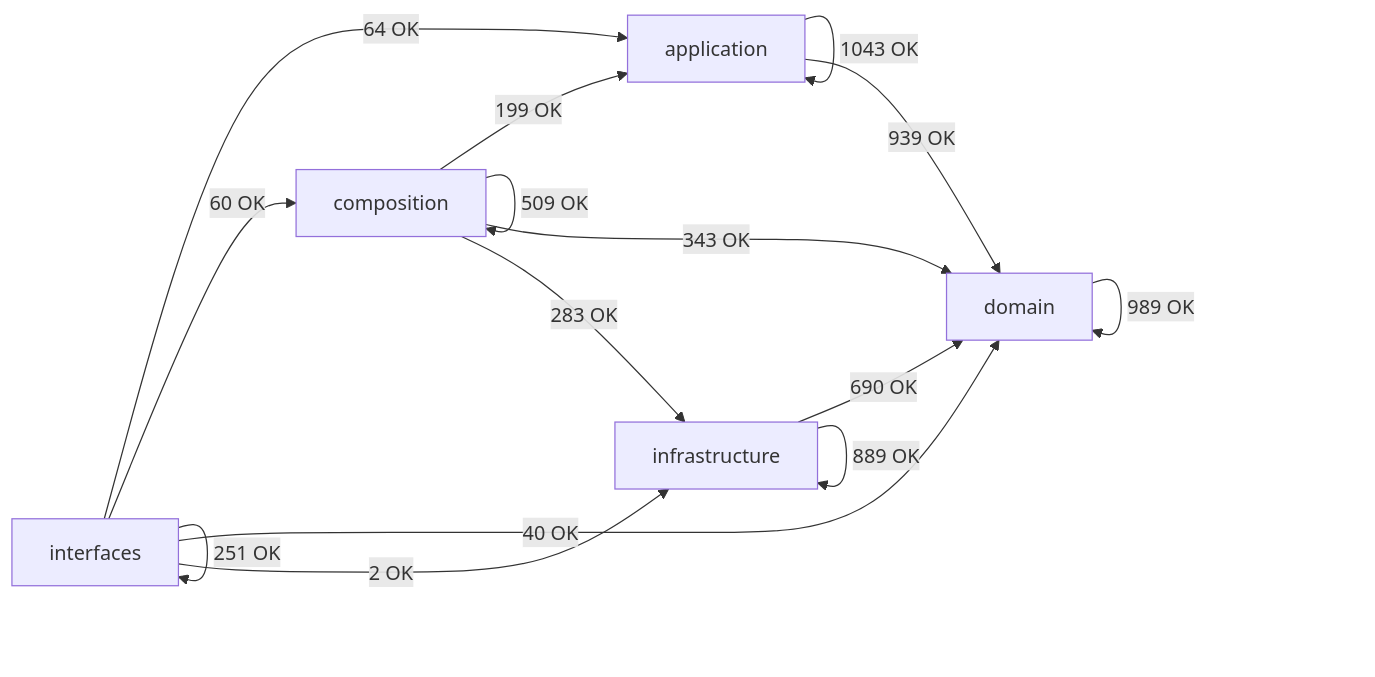
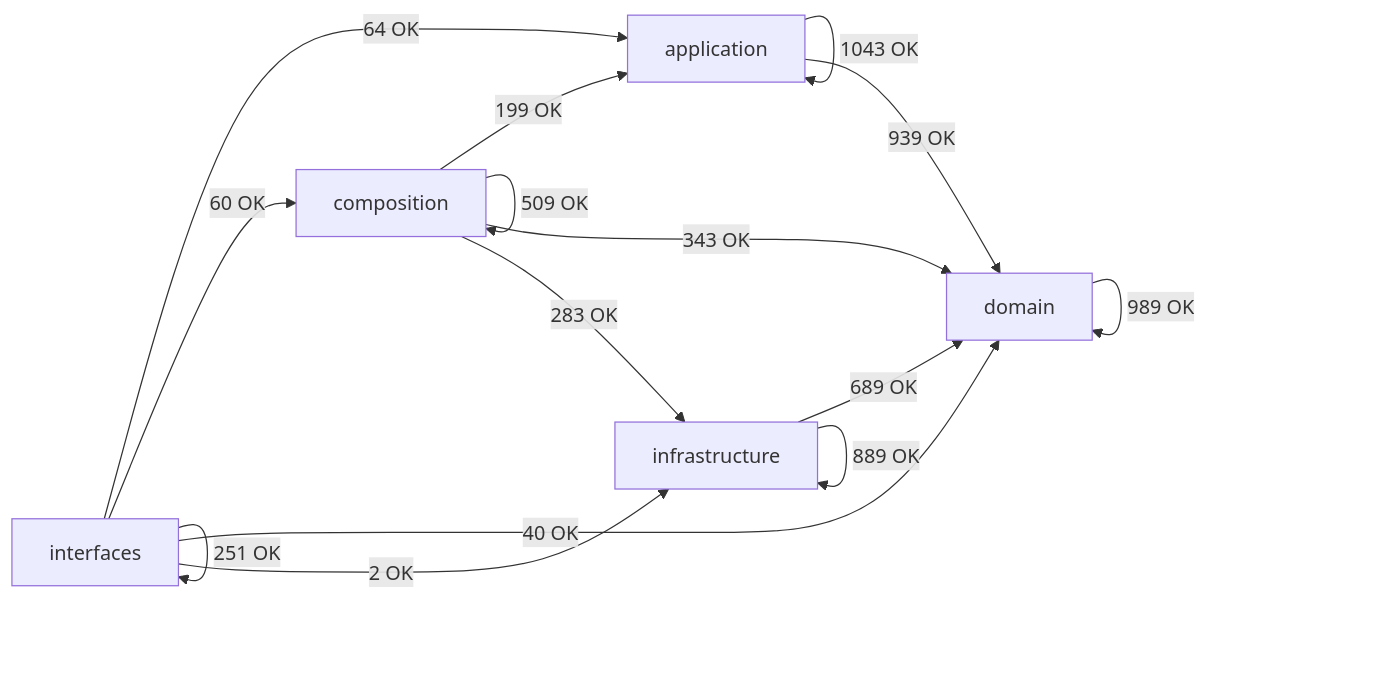
The diagram in docs/02-architecture/generated/module-dependency-map.md (SatoryKono/BioactivityDataAcquisition), drawn with Mermaid before and after one commit. The commit also changed other lines of this file and 3 other files, not shown here.

````diff
--- a/docs/02-architecture/generated/module-dependency-map.md
+++ b/docs/02-architecture/generated/module-dependency-map.md
@@ -17,22 +17,22 @@
 ```mermaid
 flowchart LR
     domain[domain]
     application[application]
     infrastructure[infrastructure]
     composition[composition]
     interfaces[interfaces]
     application -->|1043 OK| application
     application -->|939 OK| domain
     composition -->|199 OK| application
     composition -->|509 OK| composition
     composition -->|343 OK| domain
     composition -->|283 OK| infrastructure
     domain -->|989 OK| domain
-    infrastructure -->|690 OK| domain
+    infrastructure -->|689 OK| domain
     infrastructure -->|889 OK| infrastructure
     interfaces -->|64 OK| application
     interfaces -->|60 OK| composition
     interfaces -->|40 OK| domain
     interfaces -->|2 OK| infrastructure
     interfaces -->|251 OK| interfaces
 ```
````
